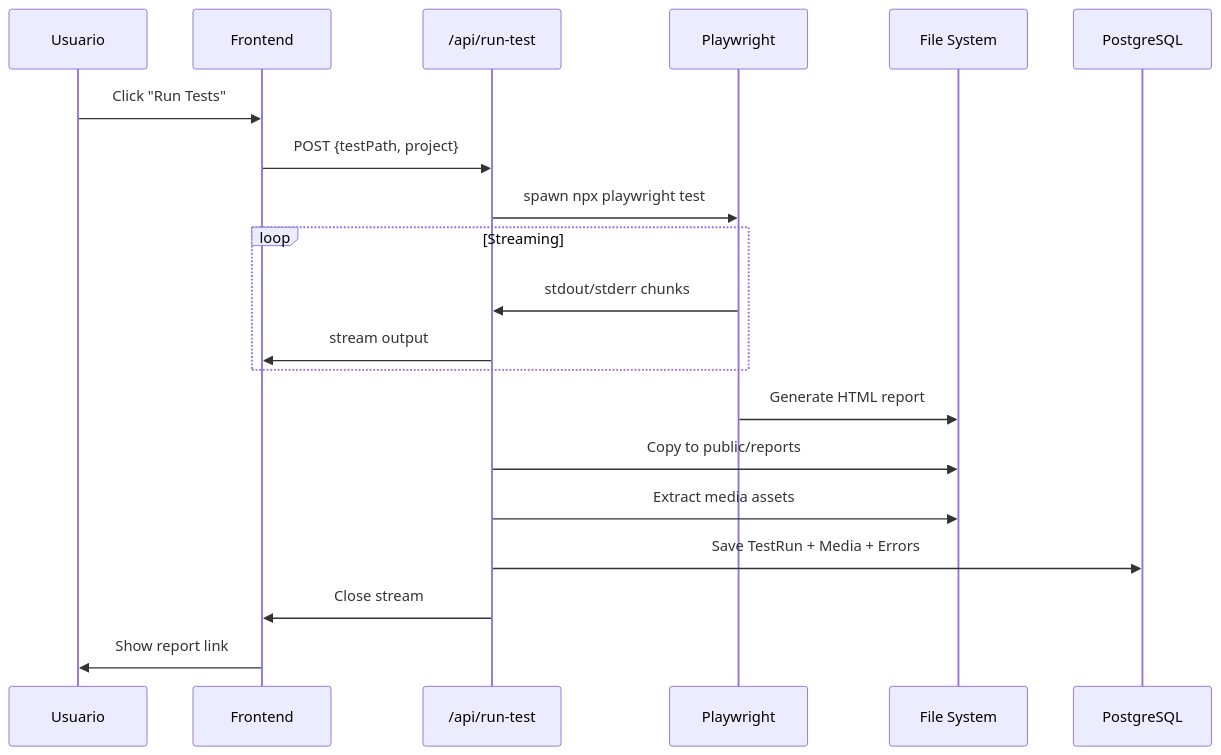
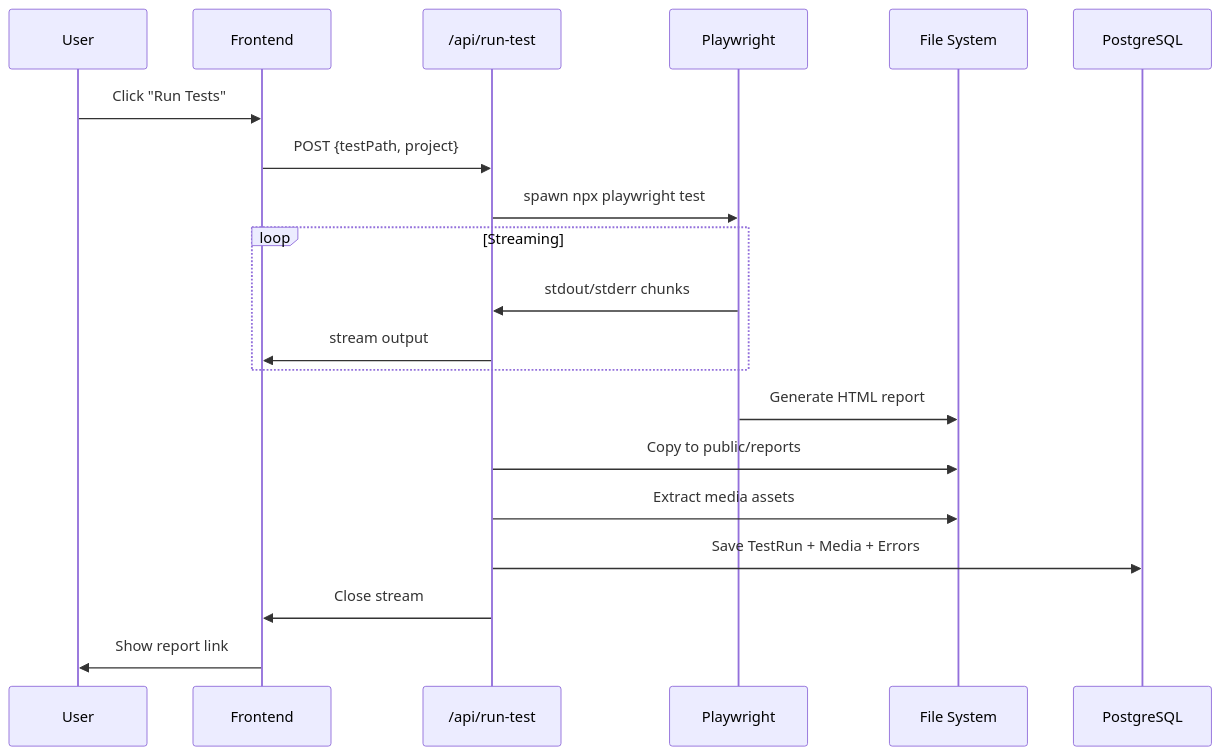
Before and after one commit to madebygarzon/devpip-autotest: the first of 2 diagrams in README.md, drawn with Mermaid. The commit also changed other lines of this file, not shown here.

````diff
--- a/README.md
+++ b/README.md
@@ -288,23 +288,23 @@
 ```mermaid
 sequenceDiagram
-    participant U as Usuario
+    participant U as User
     participant F as Frontend
     participant API as /api/run-test
     participant PW as Playwright
     participant FS as File System
     participant DB as PostgreSQL
 
     U->>F: Click "Run Tests"
     F->>API: POST {testPath, project}
     API->>PW: spawn npx playwright test
     loop Streaming
         PW->>API: stdout/stderr chunks
         API->>F: stream output
     end
     PW->>FS: Generate HTML report
     API->>FS: Copy to public/reports
     API->>FS: Extract media assets
     API->>DB: Save TestRun + Media + Errors
     API->>F: Close stream
     F->>U: Show report link
 ```
````
